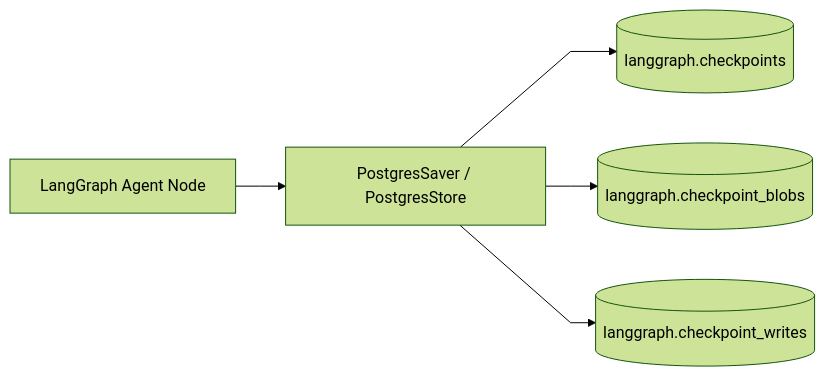
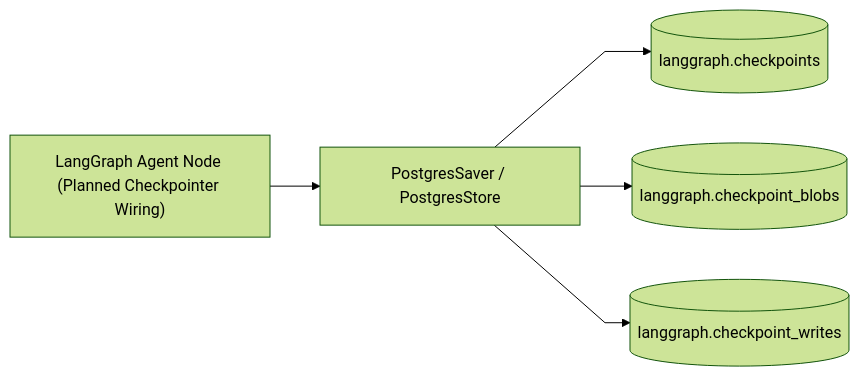
Before and after one commit to VictorBravo9er/Teacher-Assistant-Workspace: the second of 3 diagrams in docs/systems/backend_service.md, drawn with Mermaid (forest theme). The commit also changed other lines of this file and 43 other files, not shown here.

````diff
--- a/docs/systems/backend_service.md
+++ b/docs/systems/backend_service.md
@@ -195,14 +219,14 @@
 ```mermaid
 %%{init: {'flowchart': {'curve': 'linear'}}}%%
 flowchart LR
-    LangGraphAgent["LangGraph Agent Node"]
+    LangGraphAgent["LangGraph Agent Node (Planned Checkpointer Wiring)"]
     PostgresSaver["PostgresSaver / PostgresStore"]
     LGCheckpoints[("langgraph.checkpoints")]
     LGBlobs[("langgraph.checkpoint_blobs")]
     LGWrites[("langgraph.checkpoint_writes")]
 
     LangGraphAgent --> PostgresSaver
     PostgresSaver --> LGCheckpoints
     PostgresSaver --> LGBlobs
     PostgresSaver --> LGWrites
 ```
````
